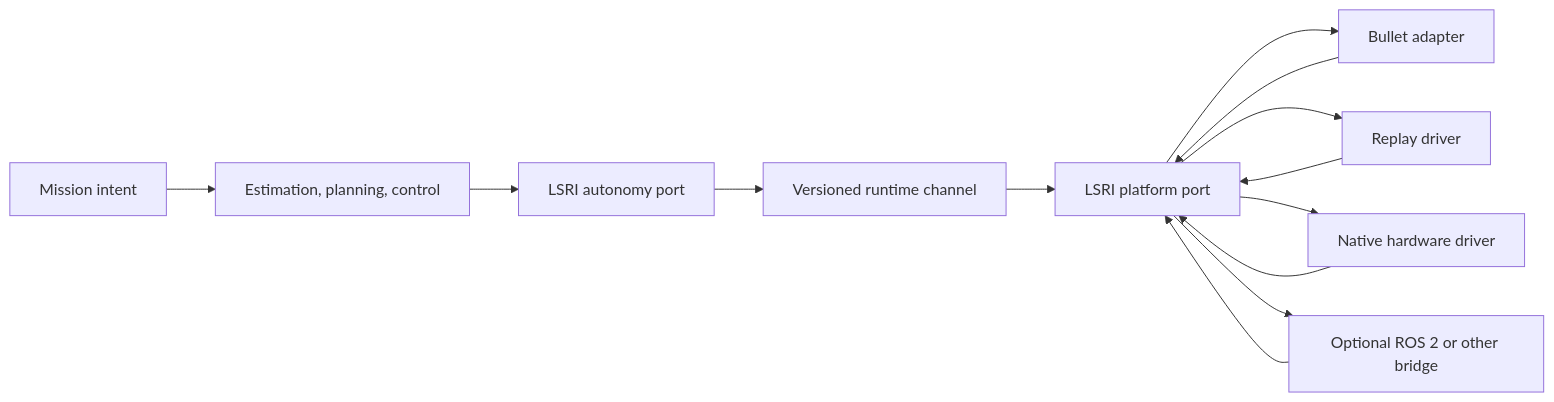
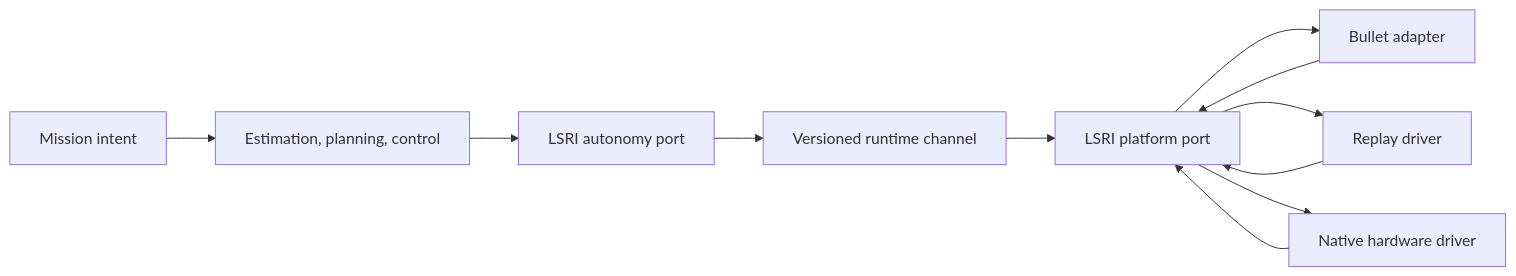
The diagram in docs/runtime-interface.md (Robin-1978/lost-signal), drawn with Mermaid before and after one commit. The commit also changed other lines of this file and 169 other files, not shown here.

````diff
--- a/docs/runtime-interface.md
+++ b/docs/runtime-interface.md
@@ -9,16 +9,14 @@
 ```mermaid
 flowchart LR
  Mission[Mission intent] --> Autonomy[Estimation, planning, control]
  Autonomy --> A[LSRI autonomy port]
  A --> C[Versioned runtime channel]
  C --> P[LSRI platform port]
  P --> Sim[Bullet adapter]
  P --> Replay[Replay driver]
  P --> Native[Native hardware driver]
- P --> Bridge[Optional ROS 2 or other bridge]
 
  Sim --> P
  Replay --> P
  Native --> P
- Bridge --> P
 ```
````
